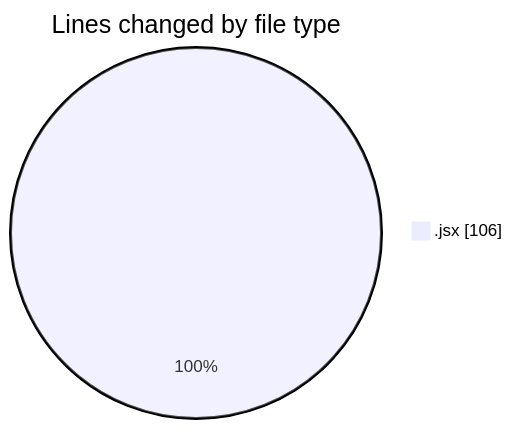
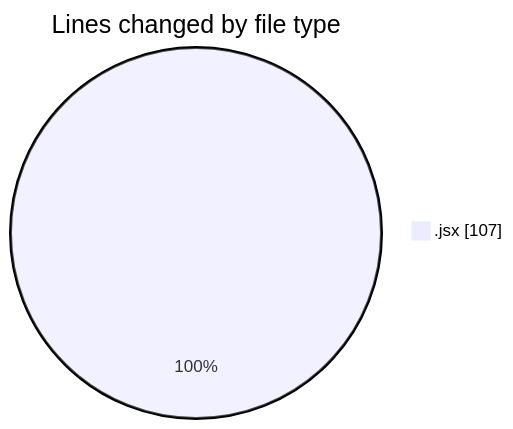
The first of 2 diagrams in 2025-03-08/elitesgpt/README.md (Elitesun/code-tracking), drawn with Mermaid before and after one commit. The commit also changed other lines of this file and 1 other file, not shown here.

````diff
--- a/2025-03-08/elitesgpt/README.md
+++ b/2025-03-08/elitesgpt/README.md
@@ -20,5 +20,5 @@
 ```mermaid
 pie showData
 title Lines changed by file type
-".jsx" : 106
+".jsx" : 107
 ```
````
